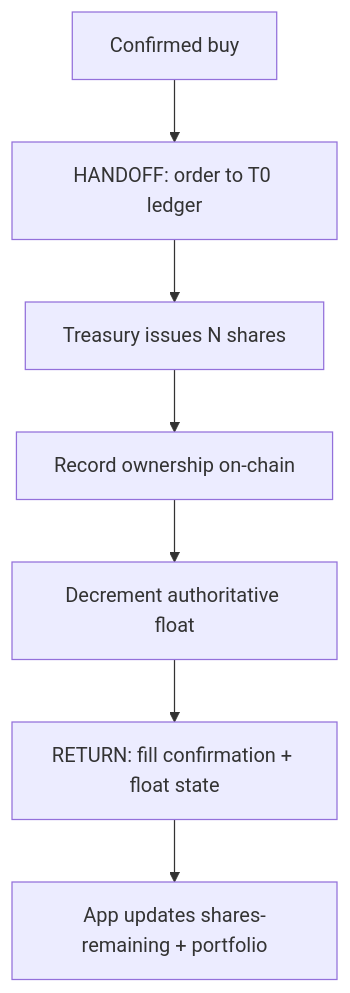
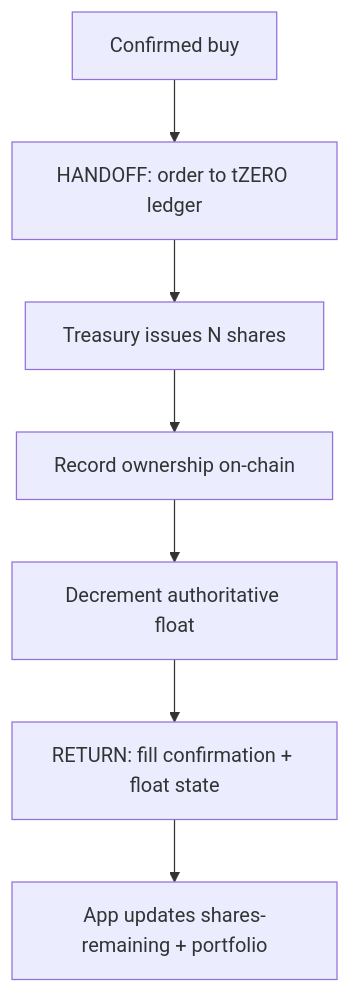
Before and after one commit to Novosapien/inplay-vault: the second of 2 diagrams in vault/components/ipo-module/sub-components/primary-offering-execution/primary-offering-execution.md, drawn with Mermaid. The commit also changed other lines of this file and 94 other files, not shown here.

````diff
--- a/vault/components/ipo-module/sub-components/primary-offering-execution/primary-offering-execution.md
+++ b/vault/components/ipo-module/sub-components/primary-offering-execution/primary-offering-execution.md
@@ -115,9 +115,9 @@
 ```mermaid
 graph TD
-    A[Confirmed buy] --> B[HANDOFF: order to T0 ledger]
+    A[Confirmed buy] --> B[HANDOFF: order to tZERO ledger]
     B --> C[Treasury issues N shares]
     C --> D[Record ownership on-chain]
     D --> E[Decrement authoritative float]
     E --> F[RETURN: fill confirmation + float state]
     F --> G[App updates shares-remaining + portfolio]
 ```
````
